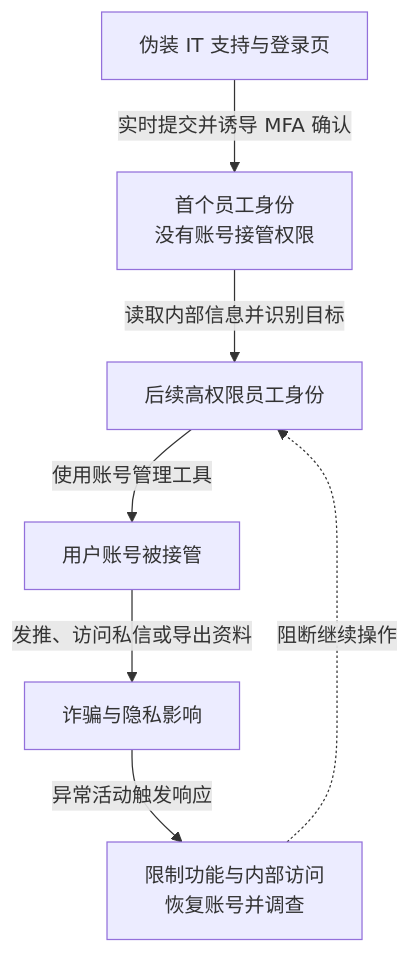
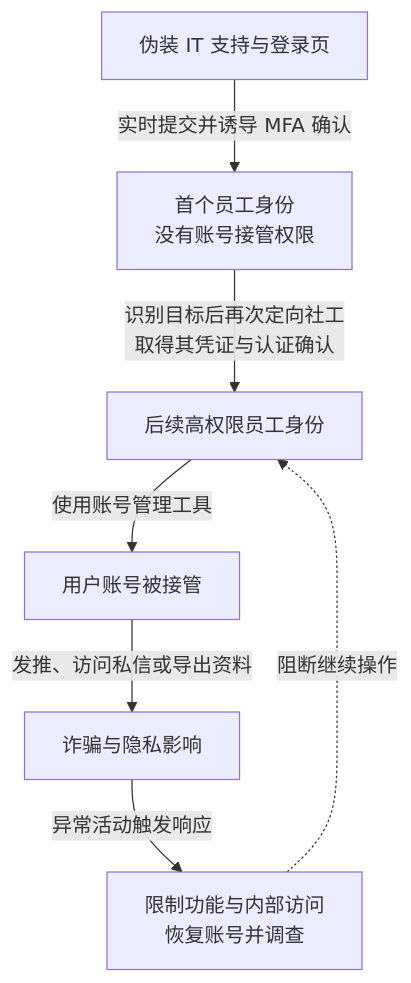
The diagram in docs/01-网络安全/01-网络空间安全/01-安全威胁/01-历史攻击事件/2020-Twitter后台账号接管事件分析.md (FeeiCN/FEEI.CN), drawn with Mermaid before and after one commit. The commit also changed other lines of this file and 11 other files, not shown here.

````diff
--- a/docs/01-网络安全/01-网络空间安全/01-安全威胁/01-历史攻击事件/2020-Twitter后台账号接管事件分析.md
+++ b/docs/01-网络安全/01-网络空间安全/01-安全威胁/01-历史攻击事件/2020-Twitter后台账号接管事件分析.md
@@ -27,13 +35,13 @@
 ```mermaid
 flowchart TB
   accTitle: 员工认证与用户账号操作是两道边界
   accDescr: 攻击者冒充 IT 支持，实时利用凭证和员工 MFA 确认进入网络，先了解内部系统，再攻击拥有后台权限的员工，通过账号管理工具接管用户。异常诈骗发推促使平台限制功能和后台访问。
   a["伪装 IT 支持与登录页"] -->|实时提交并诱导 MFA 确认| b["首个员工身份<br/>没有账号接管权限"]
-  b -->|读取内部信息并识别目标| c["后续高权限员工身份"]
+  b -->|识别目标后再次定向社工<br/>取得其凭证与认证确认| c["后续高权限员工身份"]
   c -->|使用账号管理工具| d["用户账号被接管"]
   d -->|发推、访问私信或导出资料| e["诈骗与隐私影响"]
   e -->|异常活动触发响应| r["限制功能与内部访问<br/>恢复账号并调查"]
   r -. 阻断继续操作 .-> c
   class b,c,d main
   class r response
 ```
````
